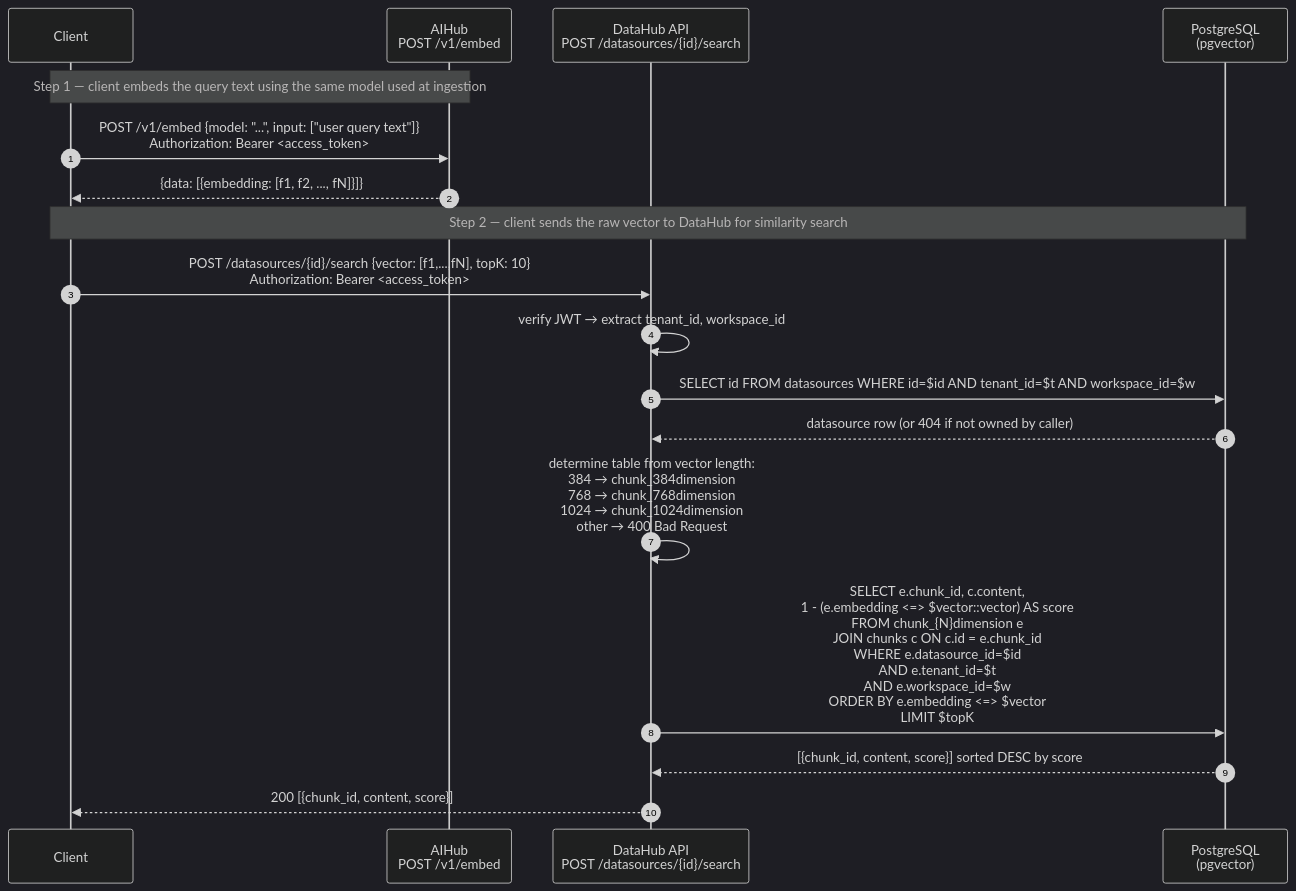
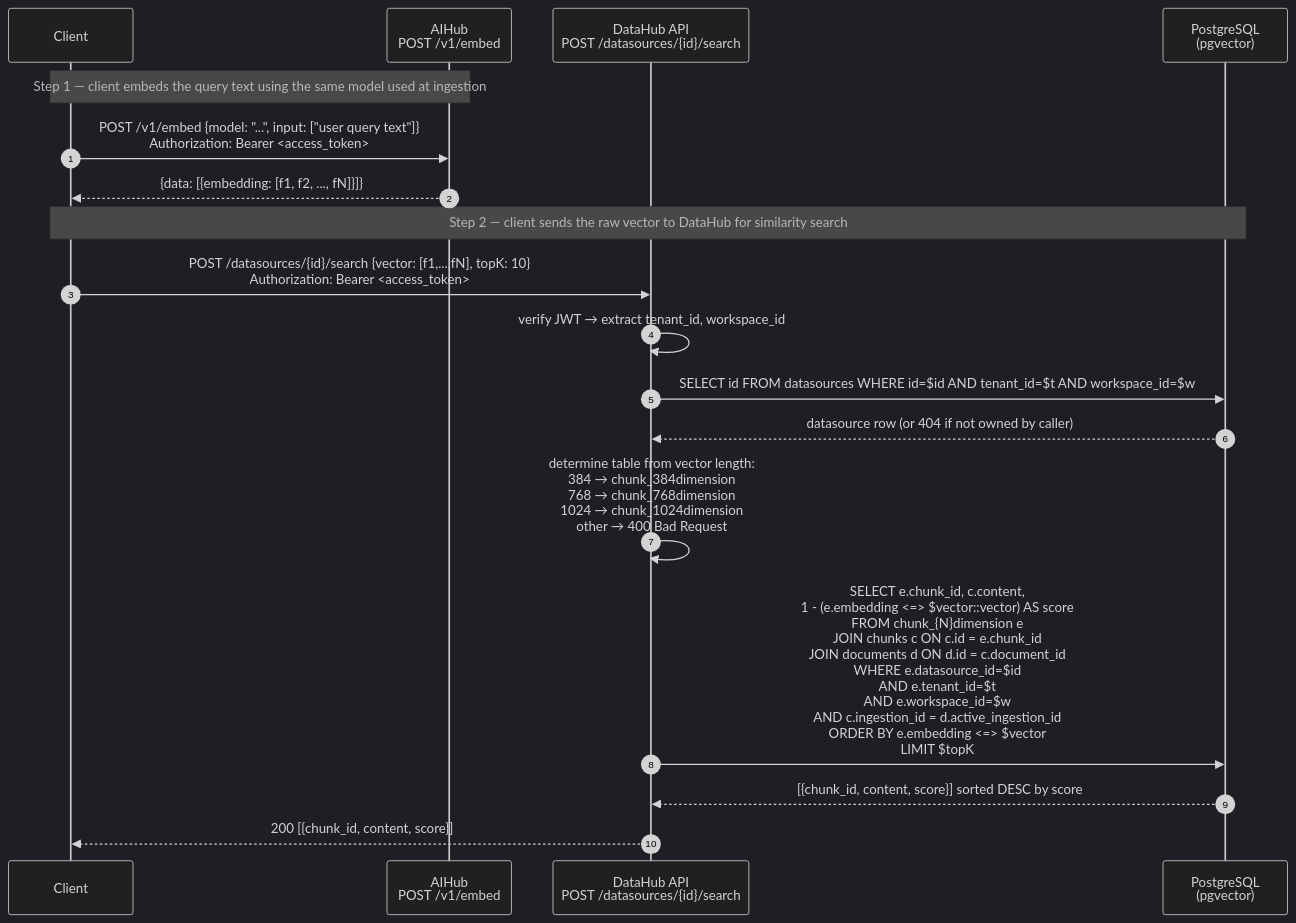
Before and after one commit to Andrew-Bu1/Agent-Platform: the first of 2 diagrams in docs/architecture/data_layer/query_sequence.md, drawn with Mermaid (dark theme). The commit also changed other lines of this file and 6 other files, not shown here.

````diff
--- a/docs/architecture/data_layer/query_sequence.md
+++ b/docs/architecture/data_layer/query_sequence.md
@@ -9,27 +11,27 @@
 ```mermaid
 sequenceDiagram
     autonumber
     participant C as Client
     participant AIHub as AIHub<br/>POST /v1/embed
     participant DH as DataHub API<br/>POST /datasources/{id}/search
     participant PG as PostgreSQL<br/>(pgvector)
 
     Note over C,AIHub: Step 1 — client embeds the query text using the same model used at ingestion
 
     C->>AIHub: POST /v1/embed {model: "...", input: ["user query text"]}<br/>Authorization: Bearer <access_token>
     AIHub-->>C: {data: [{embedding: [f1, f2, ..., fN]}]}
 
     Note over C,PG: Step 2 — client sends the raw vector to DataHub for similarity search
 
     C->>DH: POST /datasources/{id}/search {vector: [f1,...,fN], topK: 10}<br/>Authorization: Bearer <access_token>
     DH->>DH: verify JWT → extract tenant_id, workspace_id
     DH->>PG: SELECT id FROM datasources WHERE id=$id AND tenant_id=$t AND workspace_id=$w
     PG-->>DH: datasource row (or 404 if not owned by caller)
 
     DH->>DH: determine table from vector length:<br/>384 → chunk_384dimension<br/>768 → chunk_768dimension<br/>1024 → chunk_1024dimension<br/>other → 400 Bad Request
 
-    DH->>PG: SELECT e.chunk_id, c.content,<br/>       1 - (e.embedding <=> $vector::vector) AS score<br/>FROM chunk_{N}dimension e<br/>JOIN chunks c ON c.id = e.chunk_id<br/>WHERE e.datasource_id=$id<br/>  AND e.tenant_id=$t<br/>  AND e.workspace_id=$w<br/>ORDER BY e.embedding <=> $vector<br/>LIMIT $topK
+    DH->>PG: SELECT e.chunk_id, c.content,<br/>       1 - (e.embedding <=> $vector::vector) AS score<br/>FROM chunk_{N}dimension e<br/>JOIN chunks   c ON c.id  = e.chunk_id<br/>JOIN documents d ON d.id = c.document_id<br/>WHERE e.datasource_id=$id<br/>  AND e.tenant_id=$t<br/>  AND e.workspace_id=$w<br/>  AND c.ingestion_id = d.active_ingestion_id<br/>ORDER BY e.embedding <=> $vector<br/>LIMIT $topK
     PG-->>DH: [{chunk_id, content, score}] sorted DESC by score
 
     DH-->>C: 200 [{chunk_id, content, score}]
 ```
````
